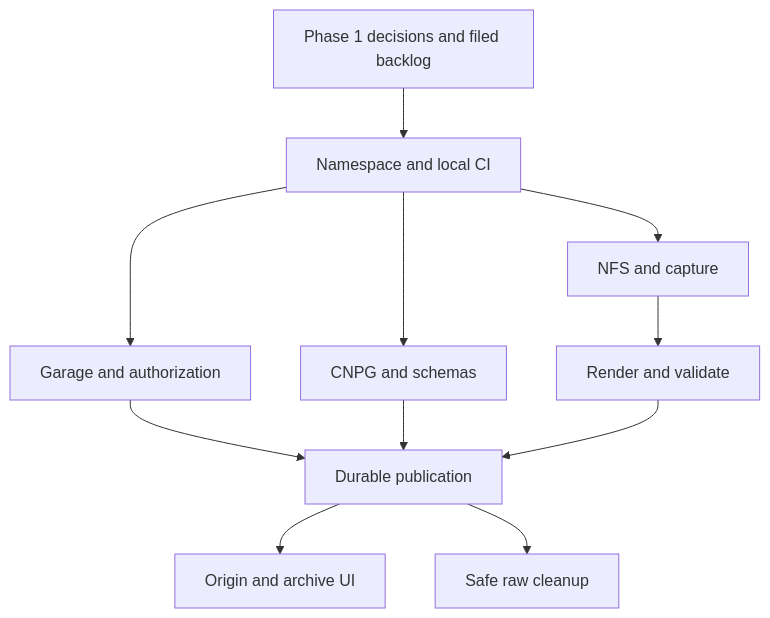
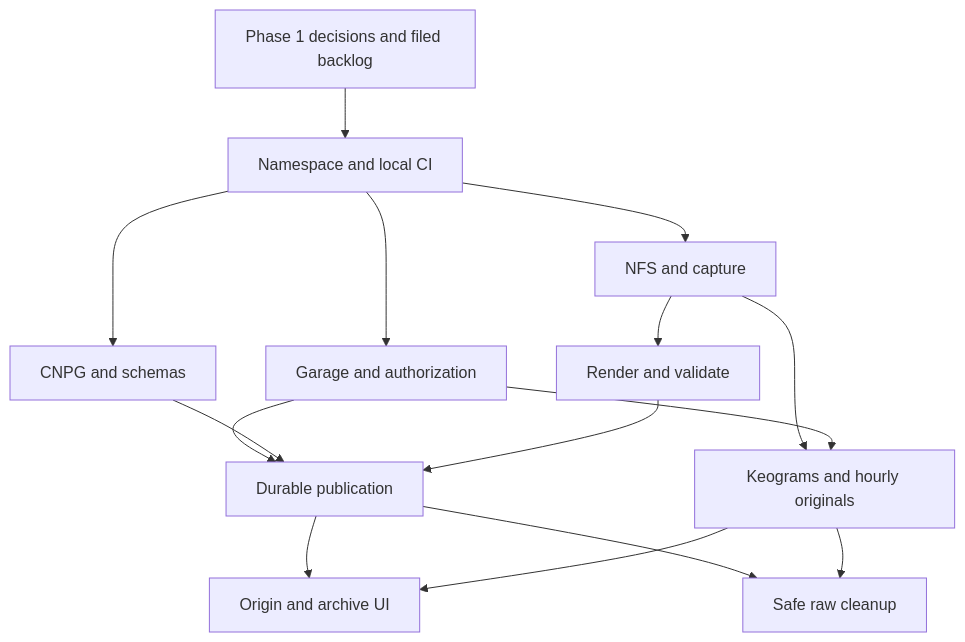
One commit to jvallery/weather changed the third of 4 diagrams in docs/requirements.md. Above: the diagram before and after it, drawn with Mermaid. The commit also changed other lines of this file and 5 other files, not shown here.

````diff
--- a/docs/requirements.md
+++ b/docs/requirements.md
@@ -1328,13 +1556,17 @@
 ```mermaid
 flowchart TD
   P["Phase 1 decisions and filed backlog"] --> F["Namespace and local CI"]
   F --> N["NFS and capture"]
   F --> O["Garage and authorization"]
   F --> D["CNPG and schemas"]
   N --> R["Render and validate"]
   O --> U["Durable publication"]
   D --> U
   R --> U
+  N --> I["Keograms and hourly originals"]
+  O --> I
   U --> W["Origin and archive UI"]
   U --> C["Safe raw cleanup"]
+  I --> C
+  I --> W
 ```
````
